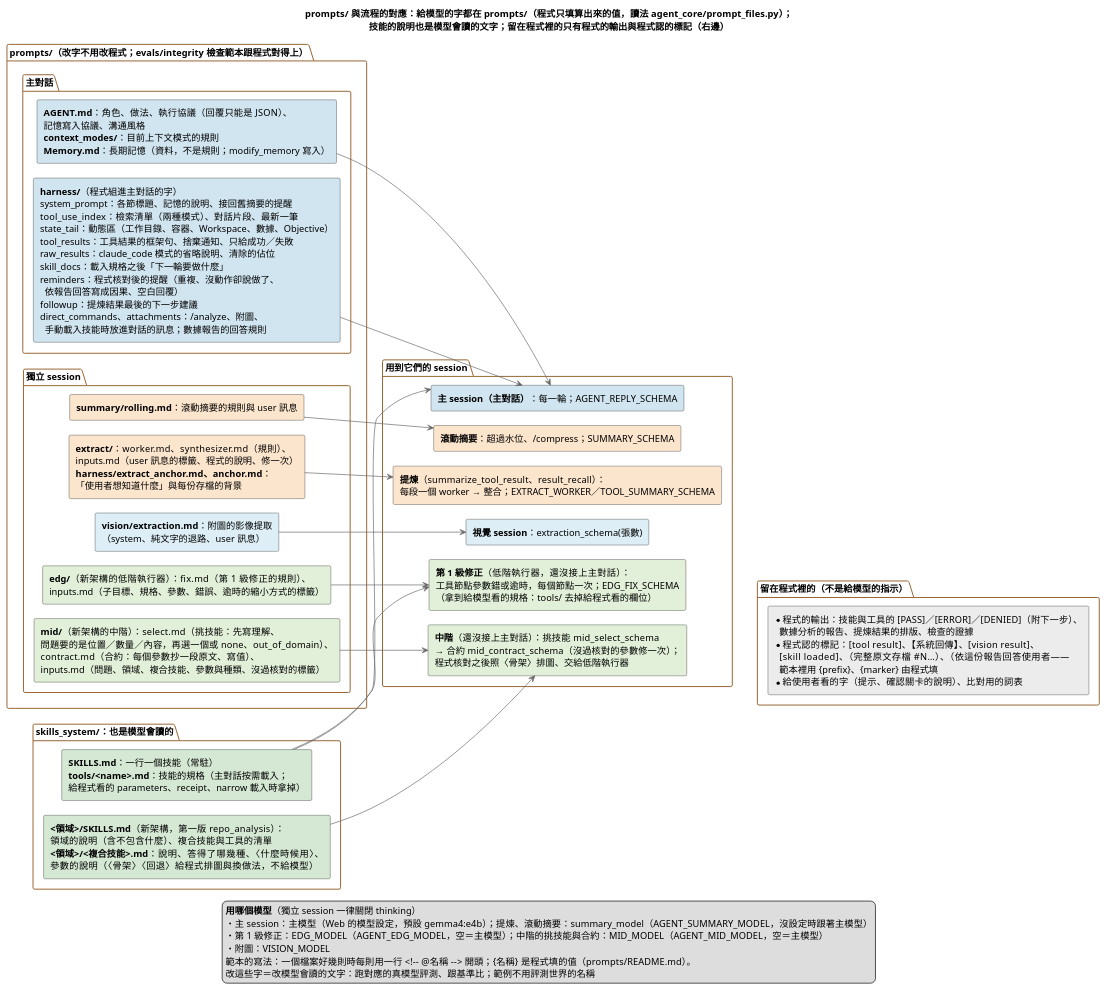
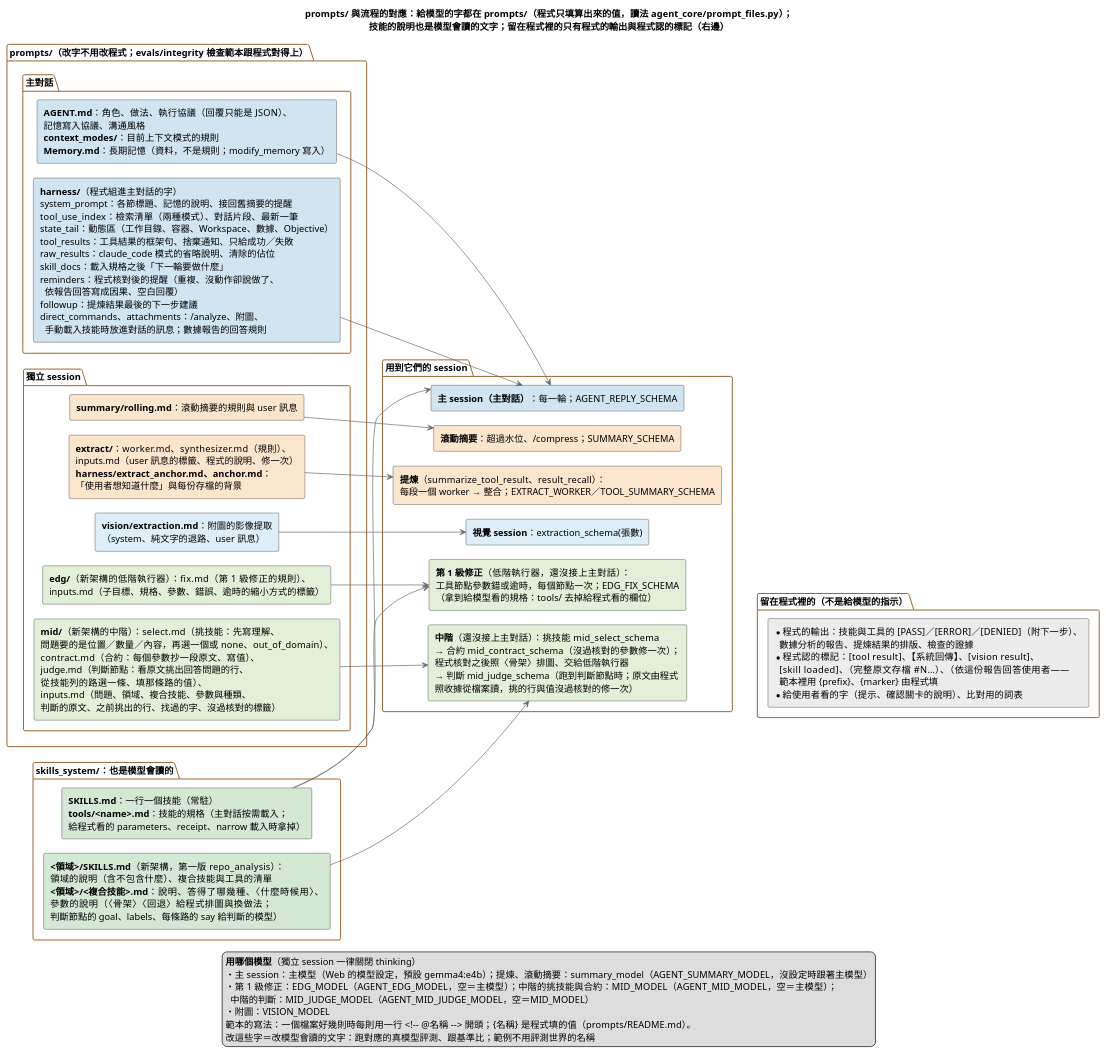
The diagram in doc/diagrams/prompts與流程的對應.puml (DavidZox/Coding_agnet), drawn with PlantUML before and after one commit. The commit also changed 6 other files, not shown here.

```diff
--- a/doc/diagrams/prompts與流程的對應.puml
+++ b/doc/diagrams/prompts與流程的對應.puml
@@ -1,135 +1,142 @@
 @startuml
 ' --- 樣式精準控制 ---
 skinparam shadowing false
 skinparam defaultFontName "Microsoft JhengHei"
 skinparam RectangleWidthMax 440
 skinparam PackageBorderColor #996633
 skinparam ArrowColor #666666
 skinparam ranksep 70
 skinparam nodesep 22
 left to right direction
 
 title prompts/ 與流程的對應：給模型的字都在 prompts/（程式只填算出來的值，讀法 agent_core/prompt_files.py）；\n技能的說明也是模型會讀的文字；留在程式裡的只有程式的輸出與程式認的標記（右邊）
 
 package "prompts/（改字不用改程式；evals/integrity 檢查範本跟程式對得上）" {
   package "主對話" {
     rectangle P_AGENT #D1E5F0 [
       **AGENT.md**：角色、做法、執行協議（回覆只能是 JSON）、
       記憶寫入協議、溝通風格
       **context_modes/**：目前上下文模式的規則
       **Memory.md**：長期記憶（資料，不是規則；modify_memory 寫入）
     ]
     rectangle P_HARNESS #D1E5F0 [
       **harness/**（程式組進主對話的字）
       system_prompt：各節標題、記憶的說明、接回舊摘要的提醒
       tool_use_index：檢索清單（兩種模式）、對話片段、最新一筆
       state_tail：動態區（工作目錄、容器、Workspace、數據、Objective）
       tool_results：工具結果的框架句、捨棄通知、只給成功／失敗
       raw_results：claude_code 模式的省略說明、清除的佔位
       skill_docs：載入規格之後「下一輪要做什麼」
       reminders：程式核對後的提醒（重複、沒動作卻說做了、
         依報告回答寫成因果、空白回覆）
       followup：提煉結果最後的下一步建議
       direct_commands、attachments：/analyze、附圖、
         手動載入技能時放進對話的訊息；數據報告的回答規則
     ]
   }
   package "獨立 session" {
     rectangle P_SUMMARY #FCE5CD [
       **summary/rolling.md**：滾動摘要的規則與 user 訊息
     ]
     rectangle P_EXTRACT #FCE5CD [
       **extract/**：worker.md、synthesizer.md（規則）、
       inputs.md（user 訊息的標籤、程式的說明、修一次）
       **harness/extract_anchor.md、anchor.md**：
       「使用者想知道什麼」與每份存檔的背景
     ]
     rectangle P_VISION #DDEEF6 [
       **vision/extraction.md**：附圖的影像提取
       （system、純文字的退路、user 訊息）
     ]
     rectangle P_EDG #E2F0D9 [
       **edg/**（新架構的低階執行器）：fix.md（第 1 級修正的規則）、
       inputs.md（子目標、規格、參數、錯誤、逾時的縮小方式的標籤）
     ]
     rectangle P_MID #E2F0D9 [
       **mid/**（新架構的中階）：select.md（挑技能：先寫理解、
       問題要的是位置／數量／內容，再選一個或 none、out_of_domain）、
       contract.md（合約：每個參數抄一段原文、寫值）、
-      inputs.md（問題、領域、複合技能、參數與種類、沒過核對的標籤）
+      judge.md（判斷節點：看原文挑出回答問題的行、
+      從技能列的路選一條、填那條路的值）、
+      inputs.md（問題、領域、複合技能、參數與種類、
+      判斷的原文、之前挑出的行、找過的字、沒過核對的標籤）
     ]
   }
 }
 
 package "skills_system/：也是模型會讀的" {
   rectangle K_ALL #D5E8D4 [
     **SKILLS.md**：一行一個技能（常駐）
     **tools/<name>.md**：技能的規格（主對話按需載入；
     給程式看的 parameters、receipt、narrow 載入時拿掉）
   ]
   rectangle K_DOMAIN #D5E8D4 [
     **<領域>/SKILLS.md**（新架構，第一版 repo_analysis）：
     領域的說明（含不包含什麼）、複合技能與工具的清單
     **<領域>/<複合技能>.md**：說明、答得了哪幾種、〈什麼時候用〉、
-    參數的說明（〈骨架〉〈回退〉給程式排圖與換做法，不給模型）
+    參數的說明（〈骨架〉〈回退〉給程式排圖與換做法；
+    判斷節點的 goal、labels、每條路的 say 給判斷的模型）
   ]
 }
 
 package "用到它們的 session" {
   rectangle S_MAIN #D1E5F0 [
     **主 session（主對話）**：每一輪；AGENT_REPLY_SCHEMA
   ]
   rectangle S_SUMMARY #FCE5CD [
     **滾動摘要**：超過水位、/compress；SUMMARY_SCHEMA
   ]
   rectangle S_EXTRACT #FCE5CD [
     **提煉**（summarize_tool_result、result_recall）：
     每段一個 worker → 整合；EXTRACT_WORKER／TOOL_SUMMARY_SCHEMA
   ]
   rectangle S_VISION #DDEEF6 [
     **視覺 session**：extraction_schema(張數)
   ]
   rectangle S_EDG #E2F0D9 [
     **第 1 級修正**（低階執行器，還沒接上主對話）：
     工具節點參數錯或逾時，每個節點一次；EDG_FIX_SCHEMA
     （拿到給模型看的規格：tools/ 去掉給程式看的欄位）
   ]
   rectangle S_MID #E2F0D9 [
     **中階**（還沒接上主對話）：挑技能 mid_select_schema
     → 合約 mid_contract_schema（沒過核對的參數修一次）；
     程式核對之後照〈骨架〉排圖、交給低階執行器
+    → 判斷 mid_judge_schema（跑到判斷節點時；原文由程式
+    照收據從檔案讀，挑的行與值沒過核對的修一次）
   ]
 }
 
 package "留在程式裡的（不是給模型的指示）" {
   rectangle C_LIST #ECECEC [
     * 程式的輸出：技能與工具的 [PASS]／[ERROR]／[DENIED]（附下一步）、
       數據分析的報告、提煉結果的排版、檢查的證據
     * 程式認的標記：[tool result]、【系統回傳】、[vision result]、
       [skill loaded]、（完整原文存檔 #N…）、（依這份報告回答使用者——
       範本裡用 {prefix}、{marker} 由程式填
     * 給使用者看的字（提示、確認關卡的說明）、比對用的詞表
   ]
 }
 
 P_AGENT --> S_MAIN
 P_HARNESS --> S_MAIN
 K_ALL --> S_MAIN
 P_SUMMARY --> S_SUMMARY
 P_EXTRACT --> S_EXTRACT
 P_VISION --> S_VISION
 P_EDG --> S_EDG
 K_ALL --> S_EDG
 P_MID --> S_MID
 K_DOMAIN --> S_MID
 S_MID -[hidden]-> C_LIST
 
 legend bottom
   **用哪個模型**（獨立 session 一律關閉 thinking）
   ・主 session：主模型（Web 的模型設定，預設 gemma4:e4b）；提煉、滾動摘要：summary_model（AGENT_SUMMARY_MODEL，沒設定時跟著主模型）
-  ・第 1 級修正：EDG_MODEL（AGENT_EDG_MODEL，空＝主模型）；中階的挑技能與合約：MID_MODEL（AGENT_MID_MODEL，空＝主模型）
+  ・第 1 級修正：EDG_MODEL（AGENT_EDG_MODEL，空＝主模型）；中階的挑技能與合約：MID_MODEL（AGENT_MID_MODEL，空＝主模型）；
+    中階的判斷：MID_JUDGE_MODEL（AGENT_MID_JUDGE_MODEL，空＝MID_MODEL）
   ・附圖：VISION_MODEL
   範本的寫法：一個檔案好幾則時每則用一行 <!~-- @名稱 ~--> 開頭；{名稱} 是程式填的值（prompts/README.md）。
   改這些字＝改模型會讀的文字：跑對應的真模型評測、跟基準比；範例不用評測世界的名稱
 endlegend
 @enduml
```
